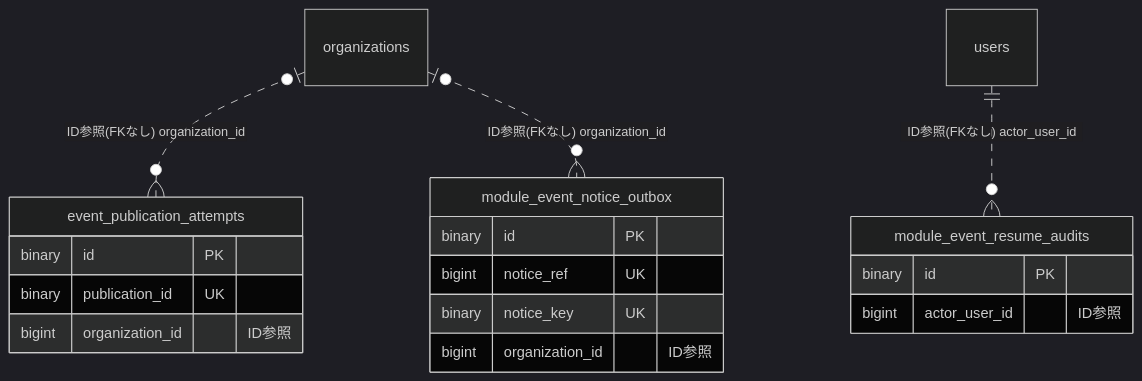
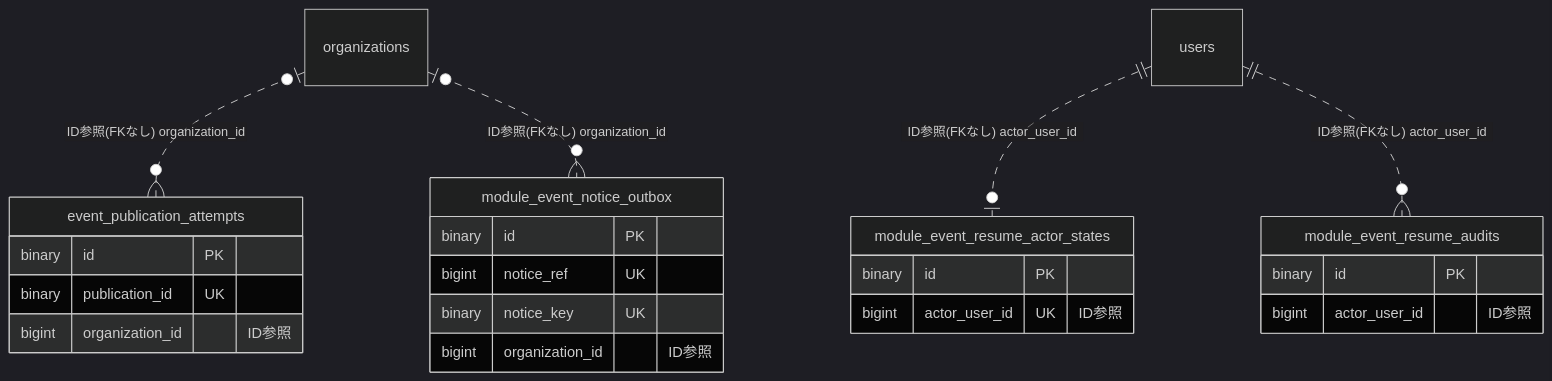
One commit to kenta-0420/mannschaft changed the diagram in docs/architecture/er/moduleevent.md. Above: the diagram before and after it, drawn with Mermaid (dark theme). The commit also changed other lines of this file and 2 other files, not shown here.

Commit message:
docs: ER図を最新スキーマへ同期

````diff
--- a/docs/architecture/er/moduleevent.md
+++ b/docs/architecture/er/moduleevent.md
@@ -12,23 +12,28 @@
 ```mermaid
 erDiagram
     event_publication_attempts {
         binary id PK
         binary publication_id UK
         bigint organization_id "ID参照"
     }
     module_event_notice_outbox {
         binary id PK
         bigint notice_ref UK
         binary notice_key UK
         bigint organization_id "ID参照"
     }
+    module_event_resume_actor_states {
+        binary id PK
+        bigint actor_user_id UK "ID参照"
+    }
     module_event_resume_audits {
         binary id PK
         bigint actor_user_id "ID参照"
     }
     organizations
     users
     organizations |o..o{ event_publication_attempts : "ID参照(FKなし) organization_id"
     organizations |o..o{ module_event_notice_outbox : "ID参照(FKなし) organization_id"
+    users ||..o| module_event_resume_actor_states : "ID参照(FKなし) actor_user_id"
     users ||..o{ module_event_resume_audits : "ID参照(FKなし) actor_user_id"
 ```
````
